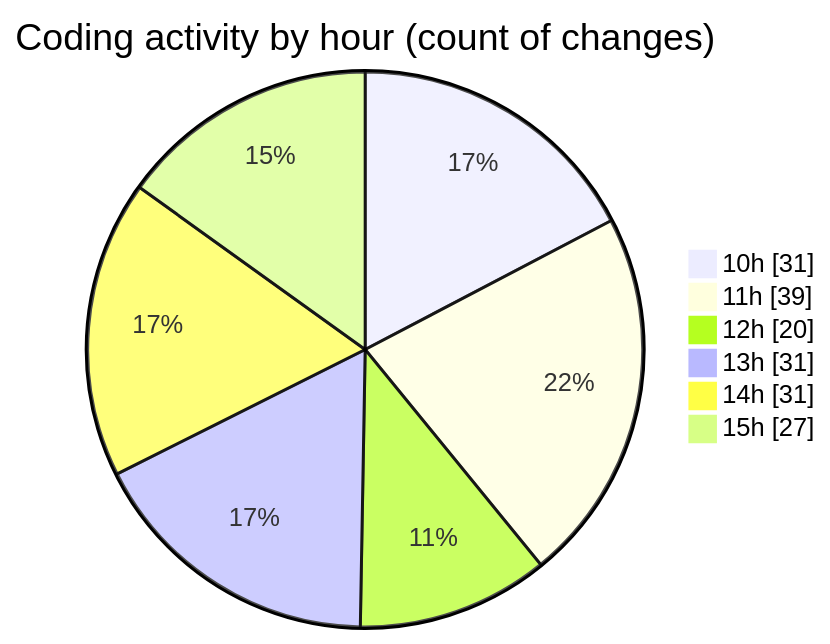
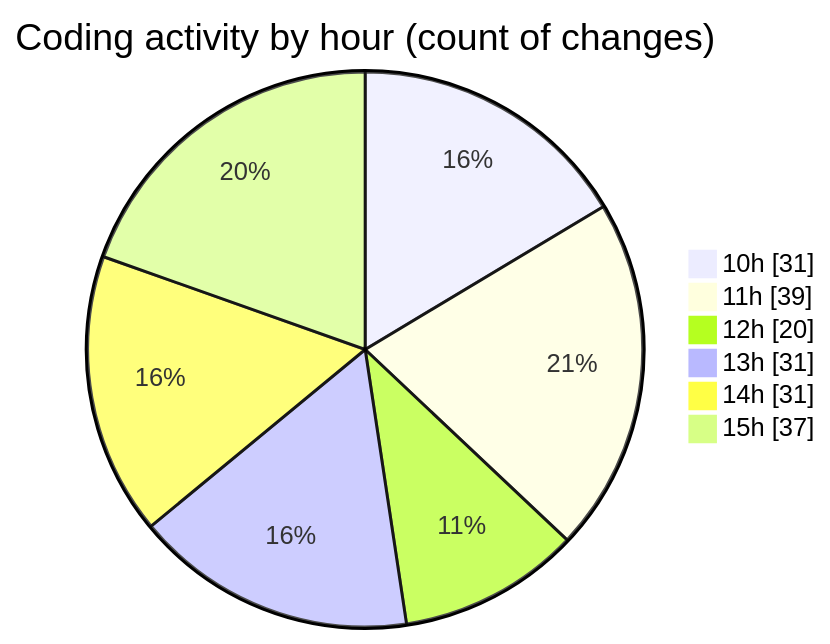
The second of 2 diagrams in 2026-03-25/cda/README.md (momahboobian/code-tracking), drawn with Mermaid before and after one commit. The commit also changed other lines of this file and 1 other file, not shown here.

````diff
--- a/2026-03-25/cda/README.md
+++ b/2026-03-25/cda/README.md
@@ -34,10 +34,10 @@
 ```mermaid
 pie showData
 title Coding activity by hour (count of changes)
 "10h" : 31
 "11h" : 39
 "12h" : 20
 "13h" : 31
 "14h" : 31
-"15h" : 27
+"15h" : 37
 ```
````
